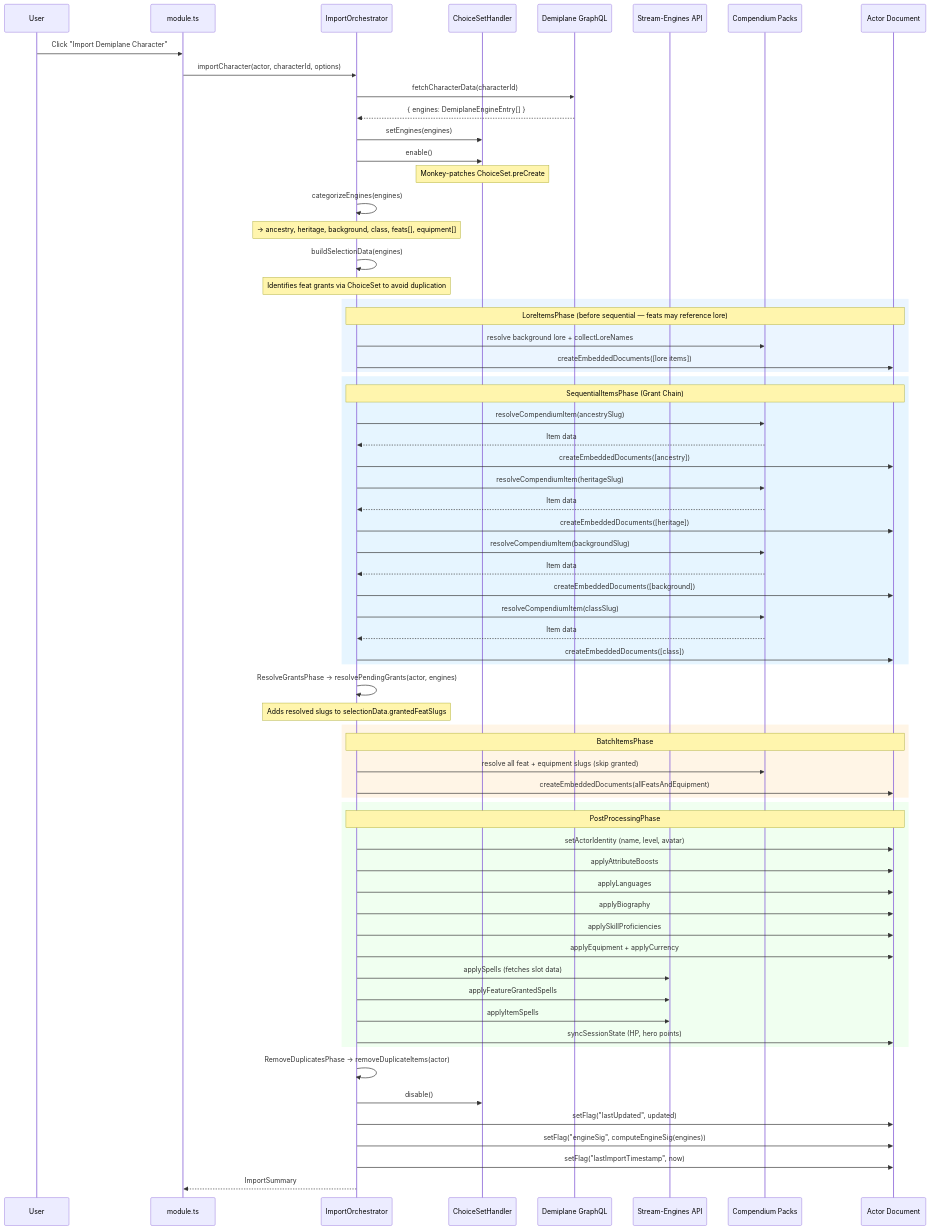
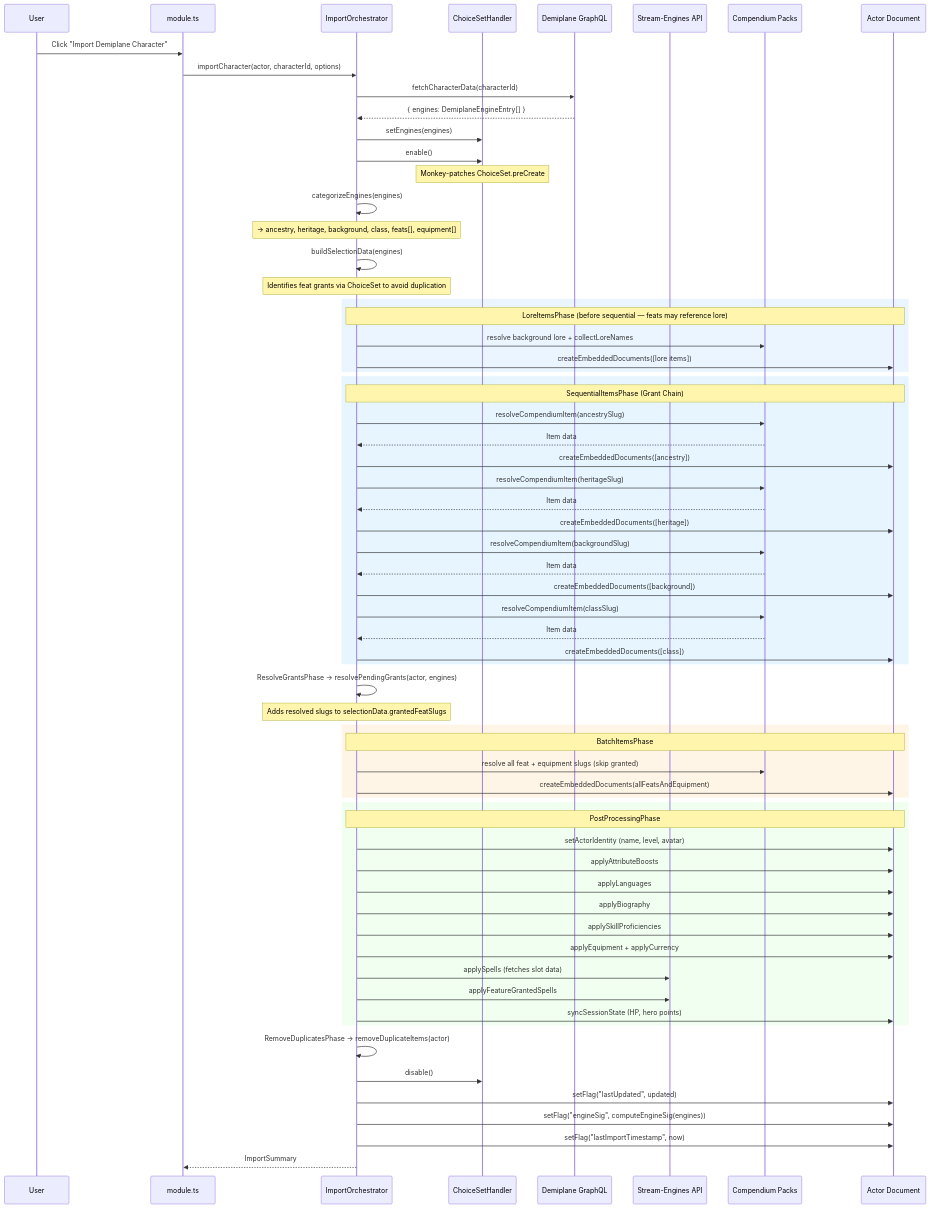
One commit to scooper4711/demiplane-pf2e changed the fourth of 7 diagrams in docs/ARCHITECTURE.md. Above: the diagram before and after it, drawn with Mermaid. The commit also changed other lines of this file and 6 other files, not shown here.

```diff
--- a/docs/ARCHITECTURE.md
+++ b/docs/ARCHITECTURE.md
@@ -453,7 +448,6 @@
         IO->>Act: applyEquipment + applyCurrency
         IO->>SE: applySpells (fetches slot data)
         IO->>SE: applyFeatureGrantedSpells
-        IO->>SE: applyItemSpells
         IO->>Act: syncSessionState (HP, hero points)
     end
 
```
